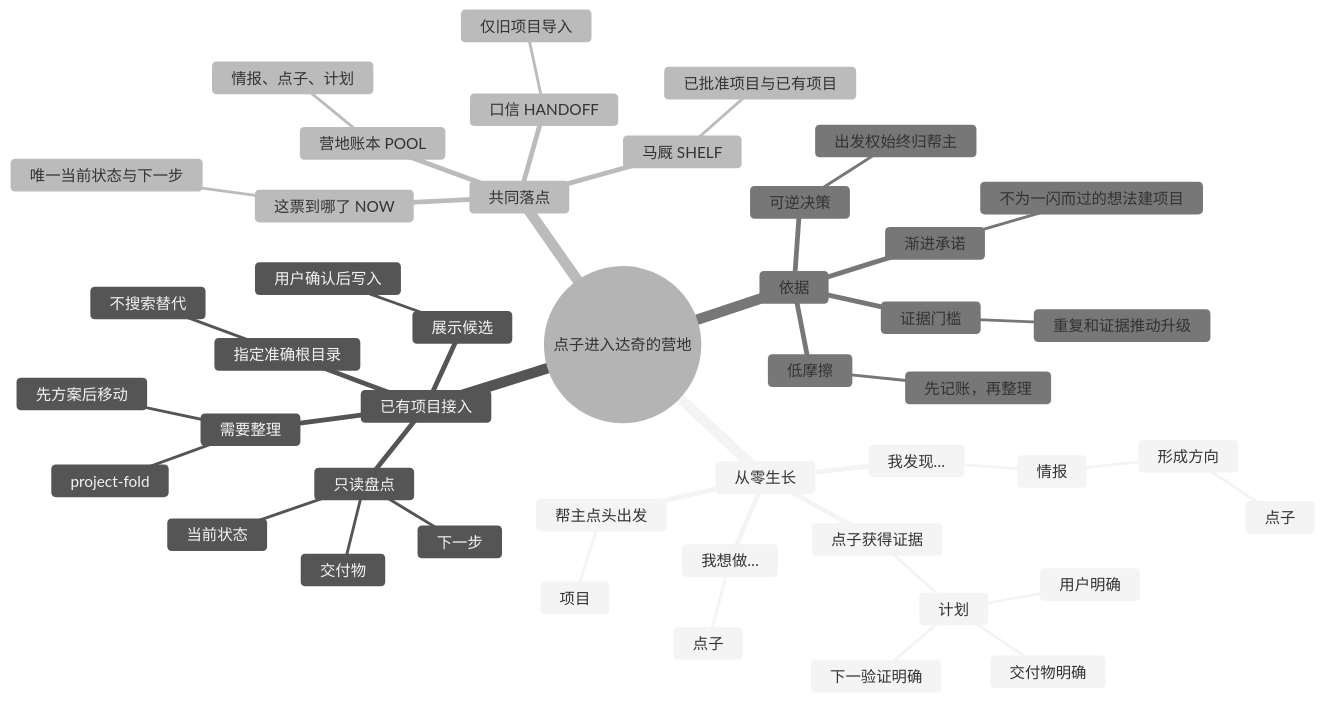
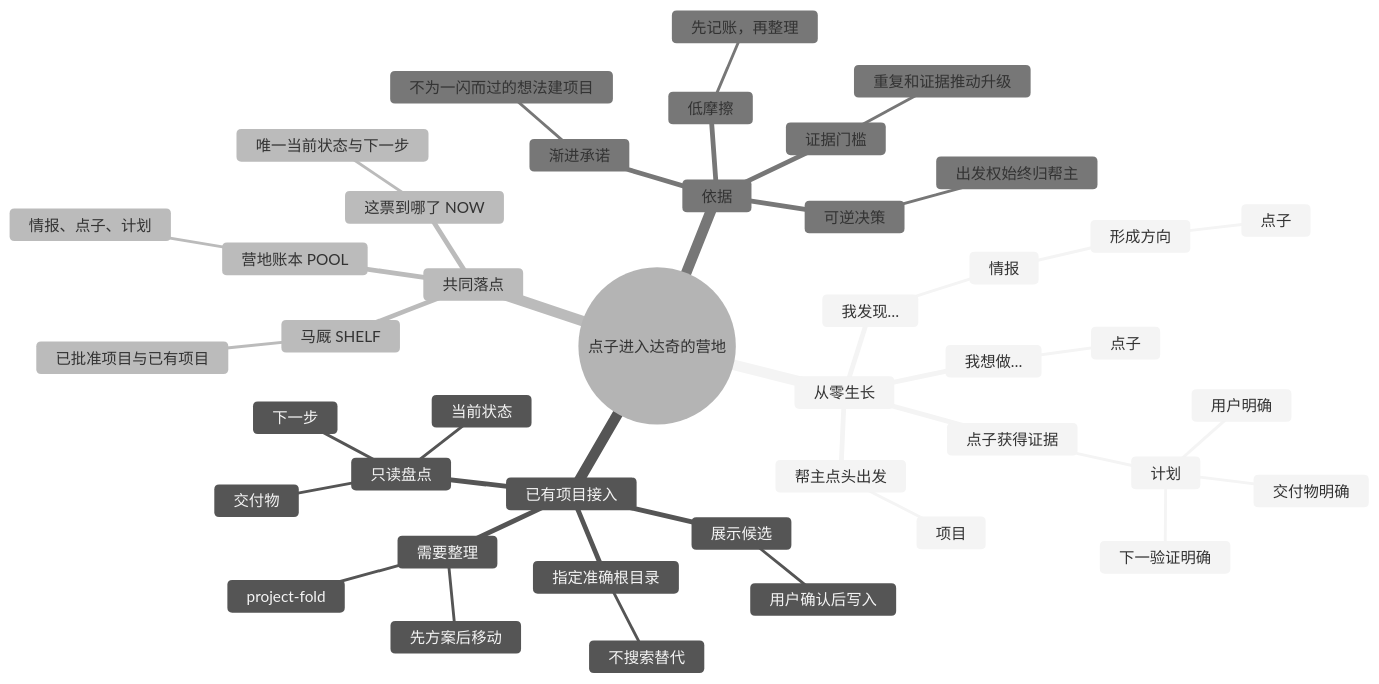
The first of 2 diagrams in README.zh-CN.md (pakco77/daqi.skill), drawn with Mermaid (neutral theme) before and after one commit. The commit also changed other lines of this file and 3 other files, not shown here.

````diff
--- a/README.zh-CN.md
+++ b/README.zh-CN.md
@@ -55,48 +95,46 @@
 ```mermaid
 mindmap
   root((点子进入达奇的营地))
     从零生长
       我发现…
         情报
           形成方向
             点子
       我想做…
         点子
       点子获得证据
         计划
           用户明确
           交付物明确
           下一验证明确
       帮主点头出发
         项目
     已有项目接入
       指定准确根目录
         不搜索替代
       只读盘点
         交付物
         当前状态
         下一步
       展示候选
         用户确认后写入
       需要整理
         project-fold
         先方案后移动
     共同落点
       营地账本 POOL
         情报、点子、计划
       马厩 SHELF
         已批准项目与已有项目
       这票到哪了 NOW
         唯一当前状态与下一步
-      口信 HANDOFF
-        仅旧项目导入
     依据
       渐进承诺
         不为一闪而过的想法建项目
       证据门槛
         重复和证据推动升级
       可逆决策
         出发权始终归帮主
       低摩擦
         先记账，再整理
 ```
````
